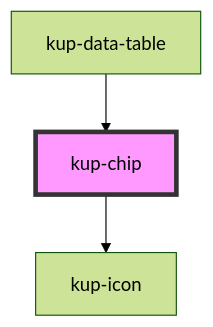
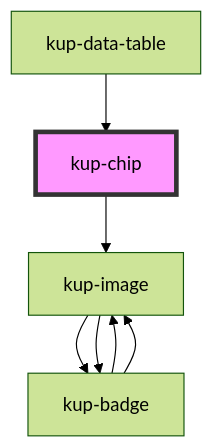
The diagram in packages/ketchup/src/components/kup-chip/readme.md (smeup/ketchup), drawn with Mermaid (forest theme) before and after one commit. The commit also changed other lines of this file and 58 other files, not shown here.

Commit message:
Renamed kup-icon to kup-image.

````diff
--- a/packages/ketchup/src/components/kup-chip/readme.md
+++ b/packages/ketchup/src/components/kup-chip/readme.md
@@ -39,6 +39,10 @@
 ```mermaid
 graph TD;
-  kup-chip --> kup-icon
+  kup-chip --> kup-image
+  kup-image --> kup-badge
+  kup-image --> kup-badge
+  kup-badge --> kup-image
+  kup-badge --> kup-image
   kup-data-table --> kup-chip
   style kup-chip fill:#f9f,stroke:#333,stroke-width:4px
 ```
````
